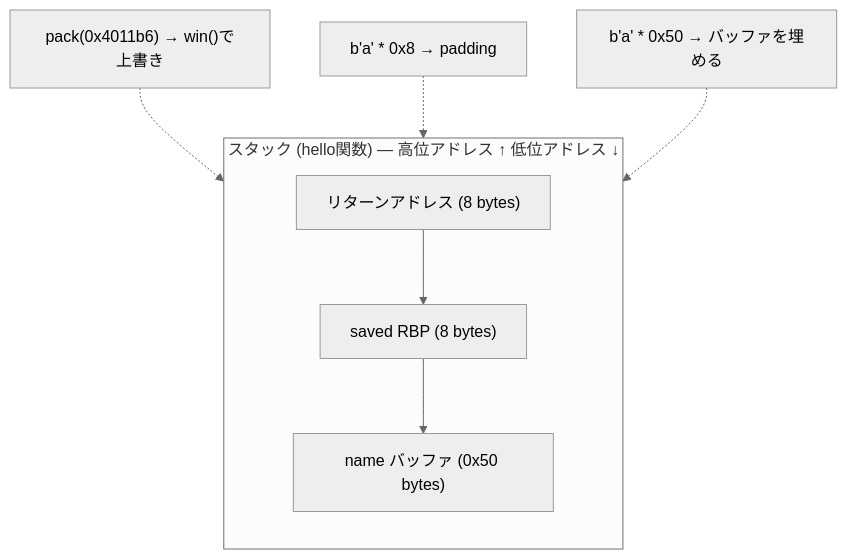
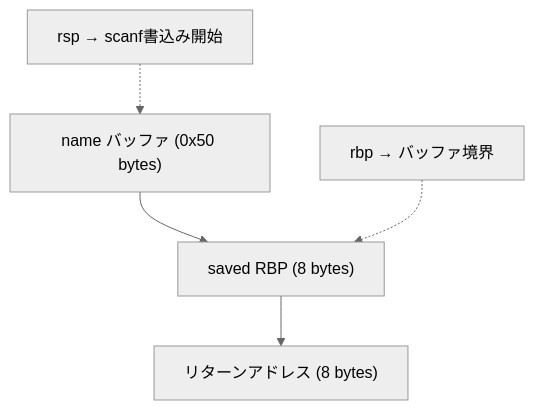
Before and after one commit to kame-service-tarou/myRepository: the diagram in pwn/2026_10/Re_super_easy3/README.md, drawn with Mermaid (neutral theme). The commit also changed other lines of this file, not shown here.

Commit message:
編集した

````diff
--- a/pwn/2026_10/Re_super_easy3/README.md
+++ b/pwn/2026_10/Re_super_easy3/README.md
@@ -111,13 +111,10 @@
 ```mermaid
 flowchart TB
-    subgraph Stack["スタック (hello関数) — 高位アドレス ↑ 低位アドレス ↓"]
-        direction TB
-        RET["リターンアドレス (8 bytes)"]
-        RBP["saved RBP (8 bytes)"]
-        BUF["name バッファ (0x50 bytes)"]
-        RET --> RBP --> BUF
-    end
-    PAY1["pack(0x4011b6) → win()で上書き"] -.-> RET
-    PAY2["b'a' * 0x8 → padding"] -.-> RBP
-    PAY3["b'a' * 0x50 → バッファを埋める"] -.-> BUF
+    BUF["name バッファ (0x50 bytes)"]
+    RBP["saved RBP (8 bytes)"]
+    RET["リターンアドレス (8 bytes)"]
+    RSP["rsp → scanf書込み開始"] -.-> BUF
+    BUF --> RBP
+    RBP --> RET
+    RBPLABEL["rbp → バッファ境界"] -.-> RBP
 ```
````
